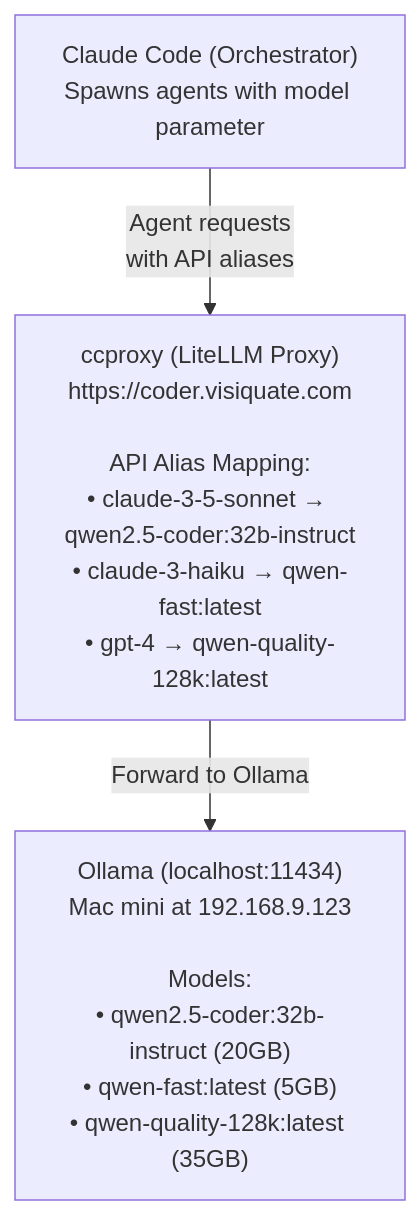
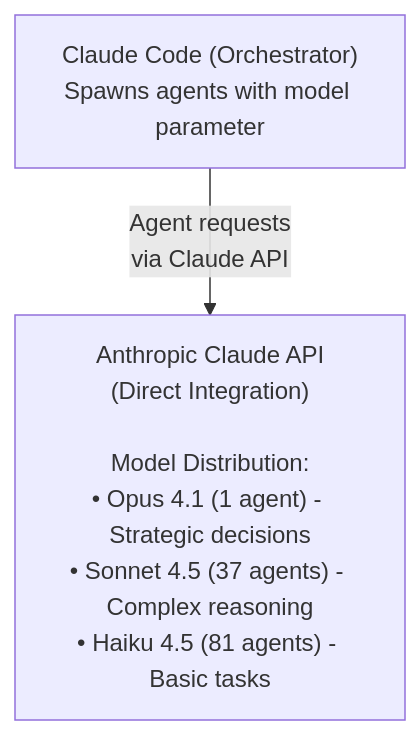
One commit to visiquate/cco changed the second of 5 diagrams in docs/MERMAID_EXAMPLES.md. Above: the diagram before and after it, drawn with Mermaid. The commit also changed other lines of this file and 46 other files, not shown here.

````diff
--- a/docs/MERMAID_EXAMPLES.md
+++ b/docs/MERMAID_EXAMPLES.md
@@ -95,11 +81,8 @@
 ```mermaid
 graph TB
     Orchestrator["Claude Code (Orchestrator)<br/>Spawns agents with model parameter"]
 
-    CCProxy["ccproxy (LiteLLM Proxy)<br/>https://coder.visiquate.com<br/><br/>API Alias Mapping:<br/>• claude-3-5-sonnet → qwen2.5-coder:32b-instruct<br/>• claude-3-haiku → qwen-fast:latest<br/>• gpt-4 → qwen-quality-128k:latest"]
+    APIRoute["Anthropic Claude API<br/>(Direct Integration)<br/><br/>Model Distribution:<br/>• Opus 4.1 (1 agent) - Strategic decisions<br/>• Sonnet 4.5 (37 agents) - Complex reasoning<br/>• Haiku 4.5 (81 agents) - Basic tasks"]
 
-    Ollama["Ollama (localhost:11434)<br/>Mac mini at 192.168.9.123<br/><br/>Models:<br/>• qwen2.5-coder:32b-instruct (20GB)<br/>• qwen-fast:latest (5GB)<br/>• qwen-quality-128k:latest (35GB)"]
-
-    Orchestrator -->|"Agent requests<br/>with API aliases"| CCProxy
-    CCProxy -->|"Forward to Ollama"| Ollama
+    Orchestrator -->|"Agent requests<br/>via Claude API"| APIRoute
 ```
````
